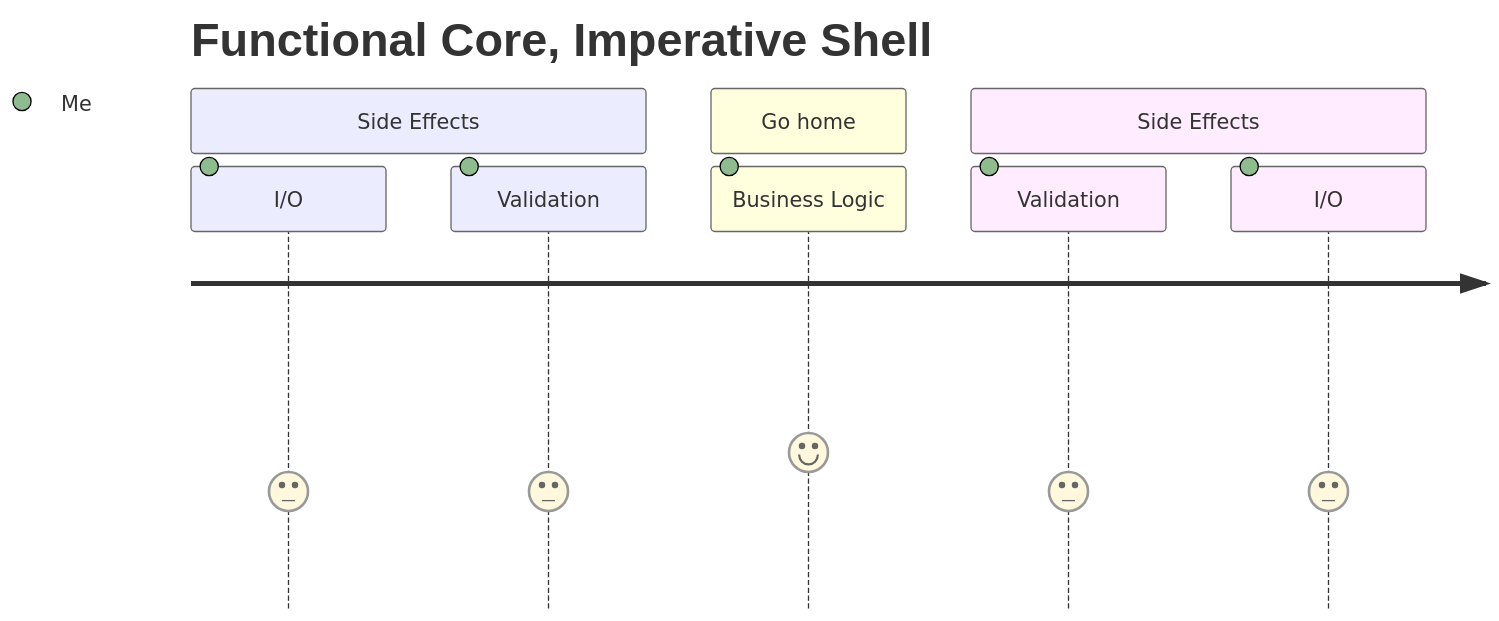
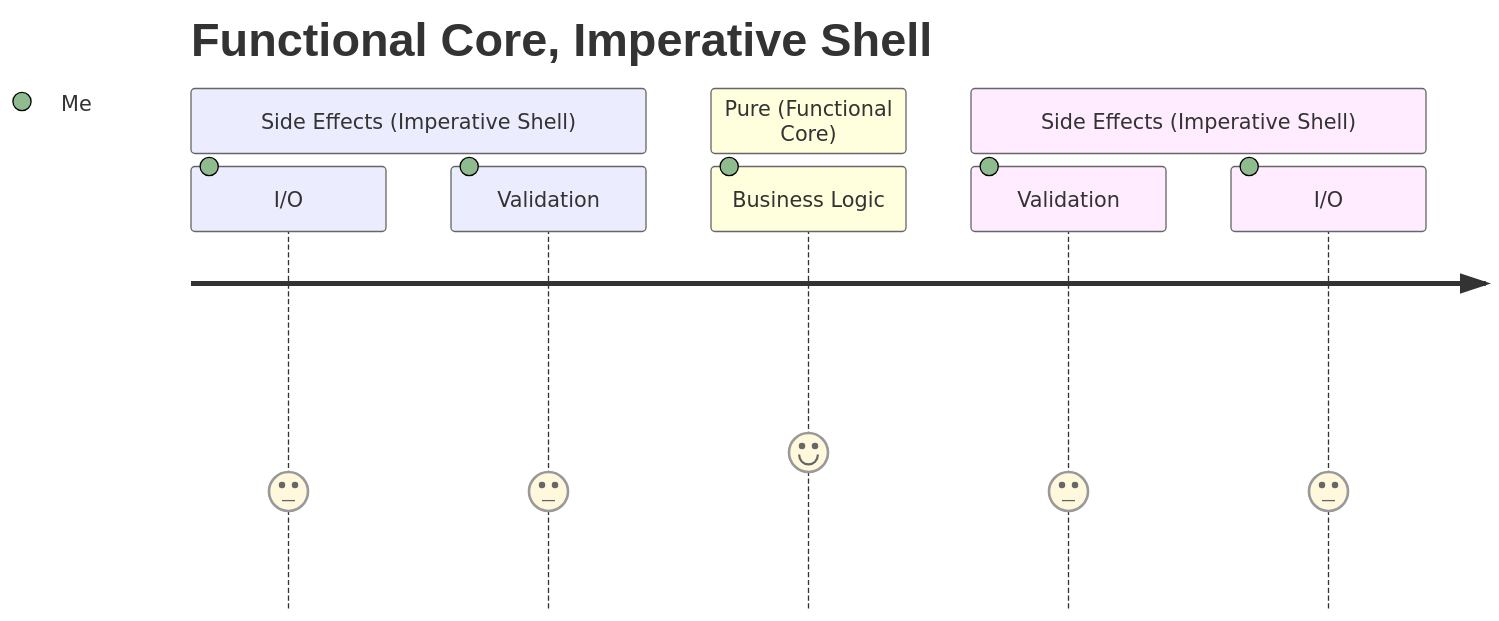
Before and after one commit to serverhorror/brain: the second of 2 diagrams in notes/misc.scratch.md, drawn with Mermaid. The commit also changed other lines of this file, not shown here.

Commit message:
May 4, 2024, 12:18 PM

````diff
--- a/notes/misc.scratch.md
+++ b/notes/misc.scratch.md
@@ -22,13 +22,13 @@
 ```mermaid
 journey
     title Functional Core, Imperative Shell
-    section Side Effects
+    section Side Effects (Imperative Shell)
       I/O: 3: Me
       Validation: 3: Me
-    section Go home
+    section Pure (Functional Core)
       Business Logic: 4: Me
-    section Side Effects
+    section Side Effects (Imperative Shell)
       Validation: 3: Me
       I/O: 3: Me
 
 ```
````
